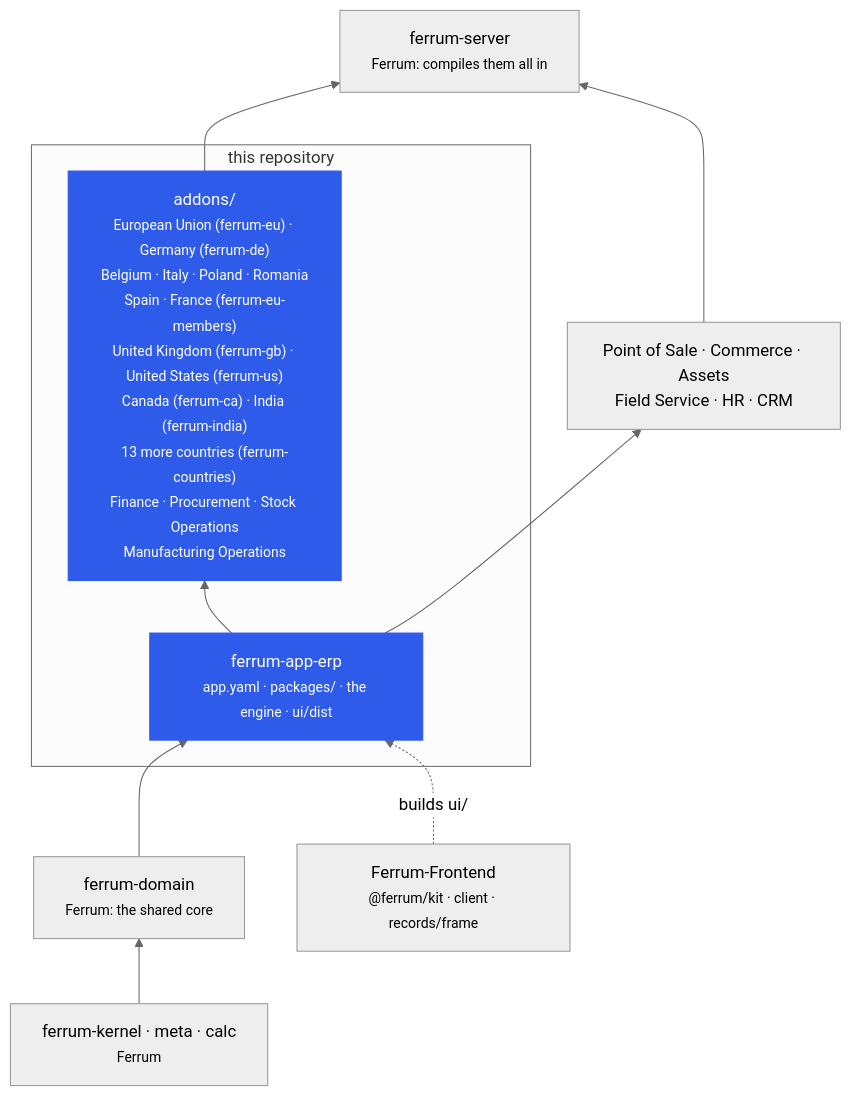
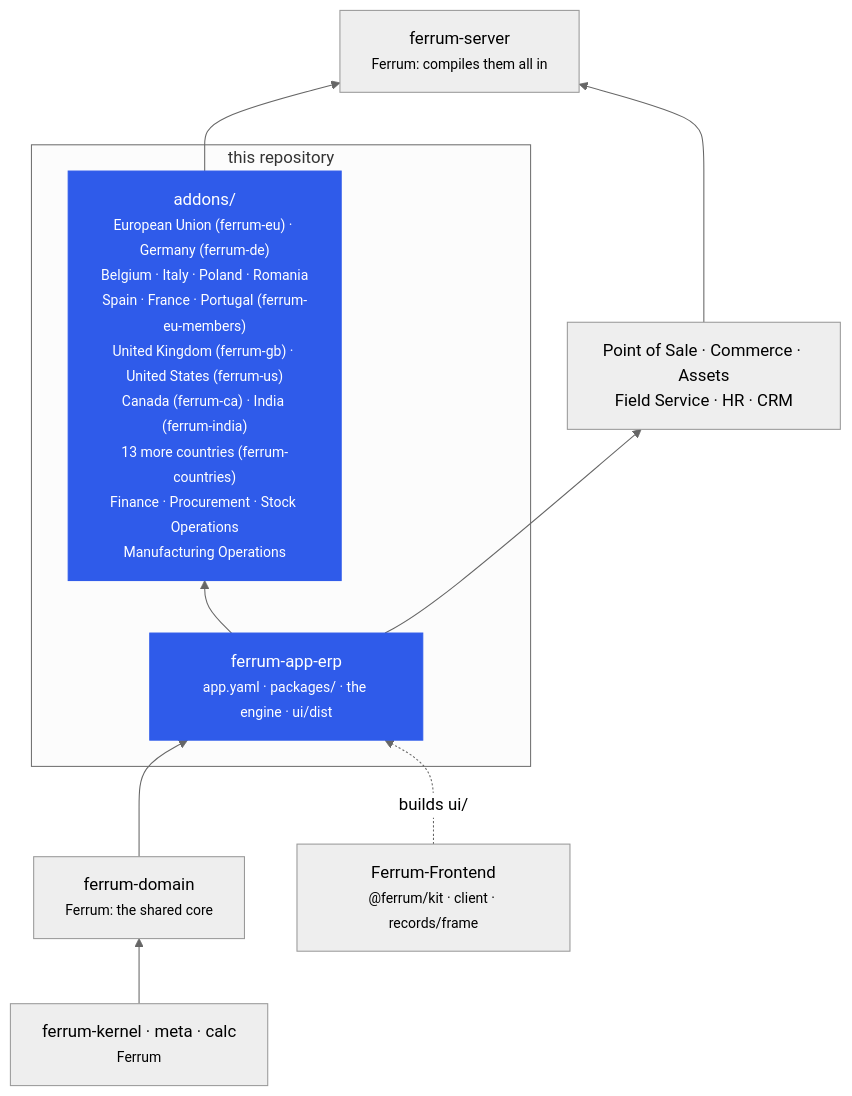
The third of 3 diagrams in README.md (CBFerrum/ferrum-app-erp), drawn with Mermaid (neutral theme) before and after one commit. The commit also changed other lines of this file, not shown here.

Commit message:
README: Portugal's certified invoices (ATCUD, the signed hash chain, the QR code) in ferrum-eu-members

````diff
--- a/README.md
+++ b/README.md
@@ -215,20 +216,20 @@
 ```mermaid
 flowchart BT
     KER["ferrum-kernel · meta · calc<br/><small>Ferrum</small>"]
     CORE["ferrum-domain<br/><small>Ferrum: the shared core</small>"]
     subgraph REPO["this repository"]
         APP["ferrum-app-erp<br/><small>app.yaml · packages/ · the engine · ui/dist</small>"]
-        ADD["addons/<br/><small>European Union (ferrum-eu) · Germany (ferrum-de)<br/>Belgium · Italy · Poland · Romania<br/>Spain · France (ferrum-eu-members)<br/>United Kingdom (ferrum-gb) · United States (ferrum-us)<br/>Canada (ferrum-ca) · India (ferrum-india)<br/>13 more countries (ferrum-countries)<br/>Finance · Procurement · Stock Operations<br/>Manufacturing Operations</small>"]
+        ADD["addons/<br/><small>European Union (ferrum-eu) · Germany (ferrum-de)<br/>Belgium · Italy · Poland · Romania<br/>Spain · France · Portugal (ferrum-eu-members)<br/>United Kingdom (ferrum-gb) · United States (ferrum-us)<br/>Canada (ferrum-ca) · India (ferrum-india)<br/>13 more countries (ferrum-countries)<br/>Finance · Procurement · Stock Operations<br/>Manufacturing Operations</small>"]
     end
     APPS["Point of Sale · Commerce · Assets<br/>Field Service · HR · CRM"]
     SRV["ferrum-server<br/><small>Ferrum: compiles them all in</small>"]
     FE["Ferrum-Frontend<br/><small>@ferrum/kit · client · records/frame</small>"]
     KER --> CORE --> APP
     APP --> ADD
     APP --> APPS
     ADD --> SRV
     APPS --> SRV
     FE -. builds ui/ .-> APP
     classDef erp fill:#2f5bea,color:#fff,stroke:#2f5bea
     class APP,ADD erp
 ```
````
